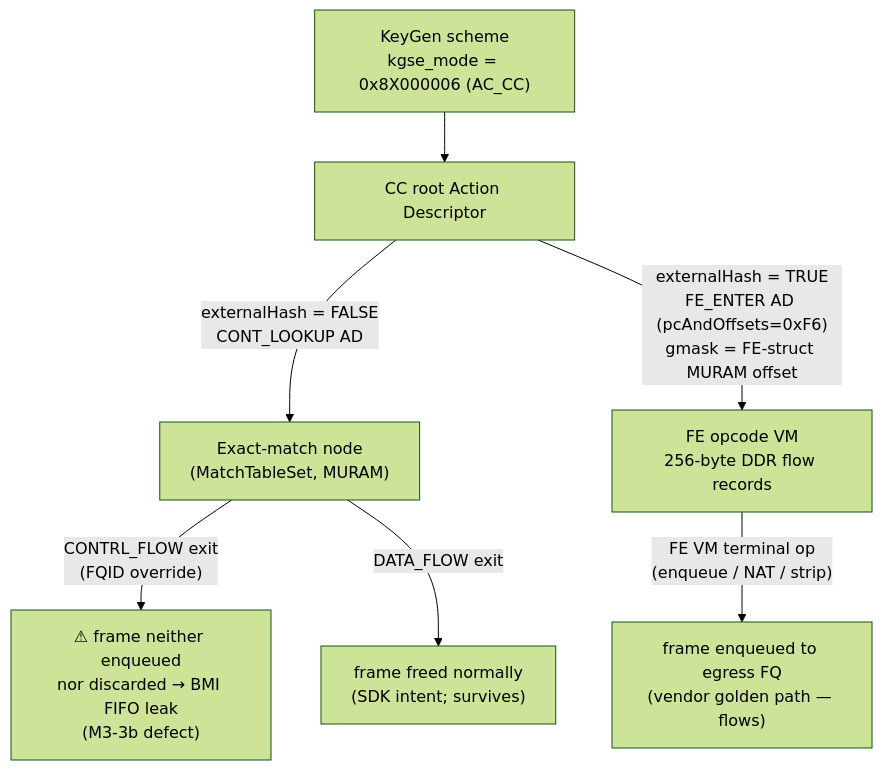
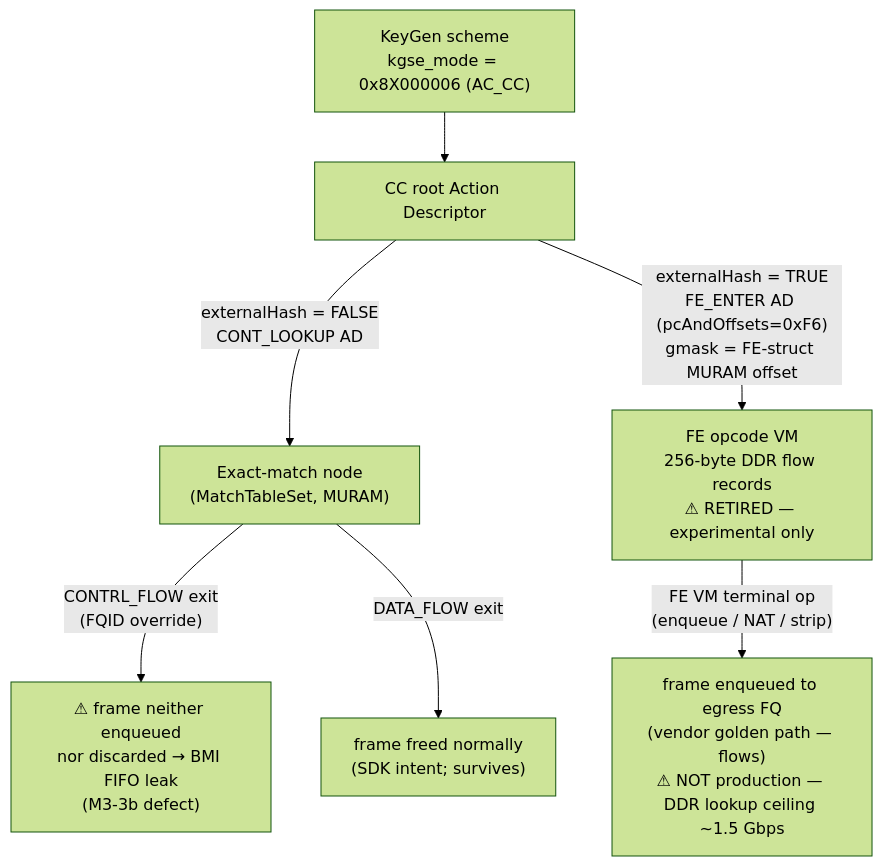
The diagram in arch/fman-fe-ehash.md (Daegara/vyos-ls1046a-build), drawn with Mermaid (forest theme) before and after one commit. The commit also changed other lines of this file and 19 other files, not shown here.

````diff
--- a/arch/fman-fe-ehash.md
+++ b/arch/fman-fe-ehash.md
@@ -19,9 +42,9 @@
 ```mermaid
 flowchart TD
     KG["KeyGen scheme<br/>kgse_mode = 0x8X000006 (AC_CC)"] --> ROOT[CC root Action Descriptor]
     ROOT -->|"externalHash = FALSE<br/>CONT_LOOKUP AD"| EM["Exact-match node<br/>(MatchTableSet, MURAM)"]
-    ROOT -->|"externalHash = TRUE<br/>FE_ENTER AD (pcAndOffsets=0xF6)<br/>gmask = FE-struct MURAM offset"| FE["FE opcode VM<br/>256-byte DDR flow records"]
+    ROOT -->|"externalHash = TRUE<br/>FE_ENTER AD (pcAndOffsets=0xF6)<br/>gmask = FE-struct MURAM offset"| FE["FE opcode VM<br/>256-byte DDR flow records<br/>⚠ RETIRED — experimental only"]
     EM -->|"CONTRL_FLOW exit<br/>(FQID override)"| LEAK["⚠ frame neither enqueued<br/>nor discarded → BMI FIFO leak<br/>(M3-3b defect)"]
     EM -->|"DATA_FLOW exit"| OKEM["frame freed normally<br/>(SDK intent; survives)"]
-    FE -->|"FE VM terminal op<br/>(enqueue / NAT / strip)"| OKFE["frame enqueued to egress FQ<br/>(vendor golden path — flows)"]
+    FE -->|"FE VM terminal op<br/>(enqueue / NAT / strip)"| OKFE["frame enqueued to egress FQ<br/>(vendor golden path — flows)<br/>⚠ NOT production — DDR lookup ceiling ~1.5 Gbps"]
 ```
````
